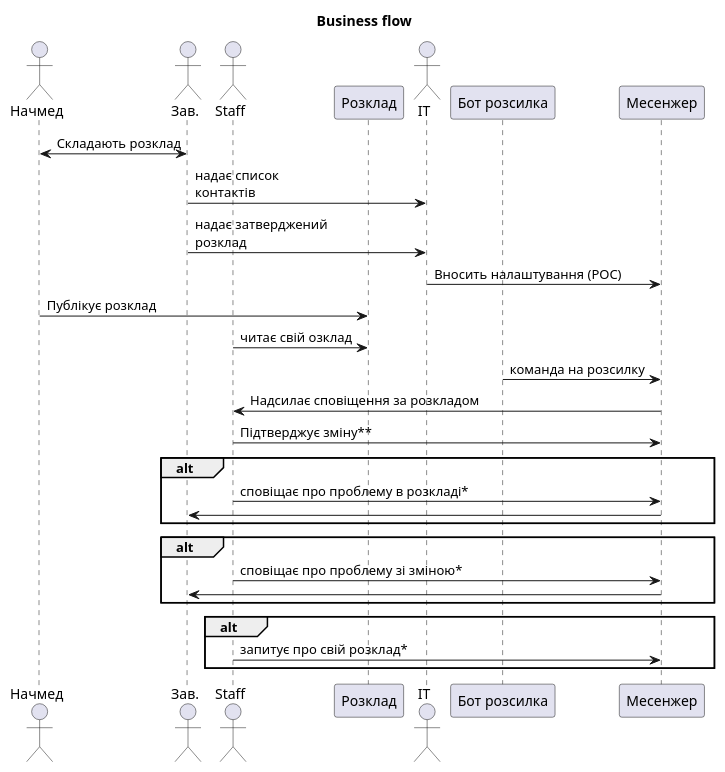
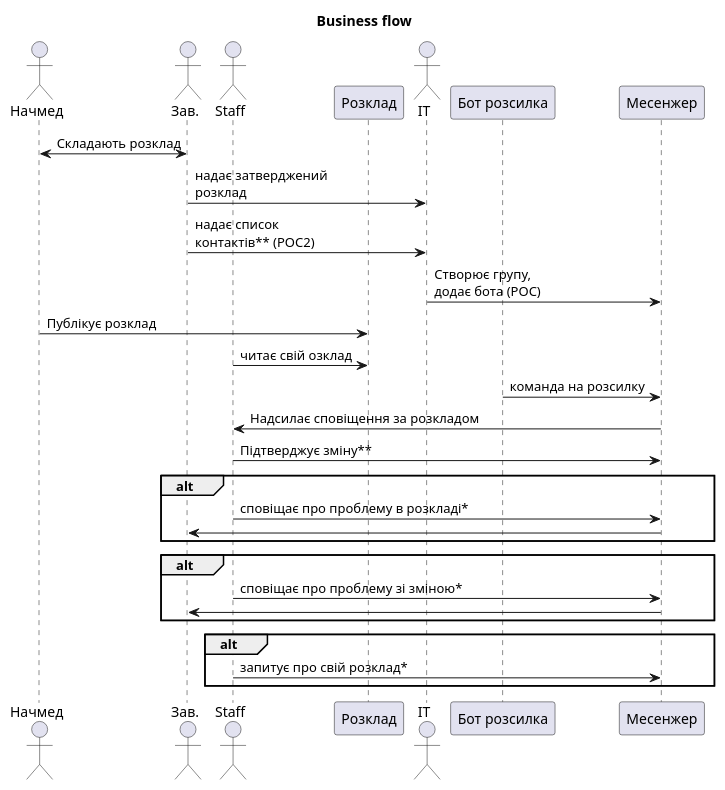
Before and after one commit to devitbotcom/Shedule_bot: the diagram in Backlog/shifts_notification_businessflow.puml, drawn with PlantUML. The commit also changed 15 other files, not shown here.

```diff
--- a/Backlog/shifts_notification_businessflow.puml
+++ b/Backlog/shifts_notification_businessflow.puml
@@ -1,42 +1,41 @@
 @startuml
 ' duty-shift.puml
 title Business flow
 
 actor "Начмед" as CMO
 actor "Зав." as Head
 actor "Staff" as Staff
 participant "Розклад" as Source
 actor "IT" as IT
 participant "Бот розсилка" as Bot
 participant "Месенжер" as Messenger
 
 CMO <-> Head : Складають розклад
-Head -> IT : надає список \nконтактів
-
 Head -> IT : надає затверджений \nрозклад
-IT -> Messenger : Вносить налаштування (POC)
+Head -> IT : надає список \nконтактів** (POC2)
+IT -> Messenger : Створює групу, \nдодає бота (POC)
 CMO -> Source : Публікує розклад
 
 
 
 Staff -> Source : читає свій озклад
 
 Bot -> Messenger : команда на розсилку
 Messenger -> Staff : Надсилає сповіщення за розкладом
 Staff -> Messenger : Підтверджує зміну**
 alt
 Staff -> Messenger : сповіщає про проблему в розкладі*
 Messenger -> Head
 end
 alt
 Staff -> Messenger : сповіщає про проблему зі зміною*
 Messenger -> Head
 end
 alt
 Staff -> Messenger : запитує про свій розклад*
 end
 
 
 
 
 @enduml
```
